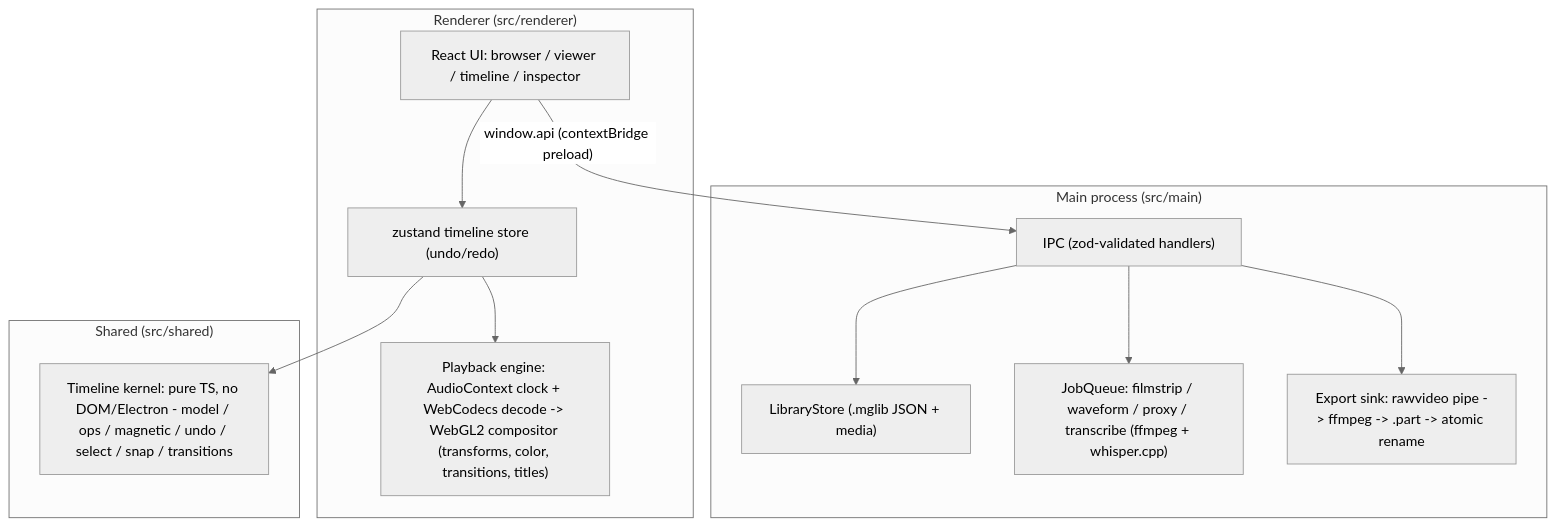
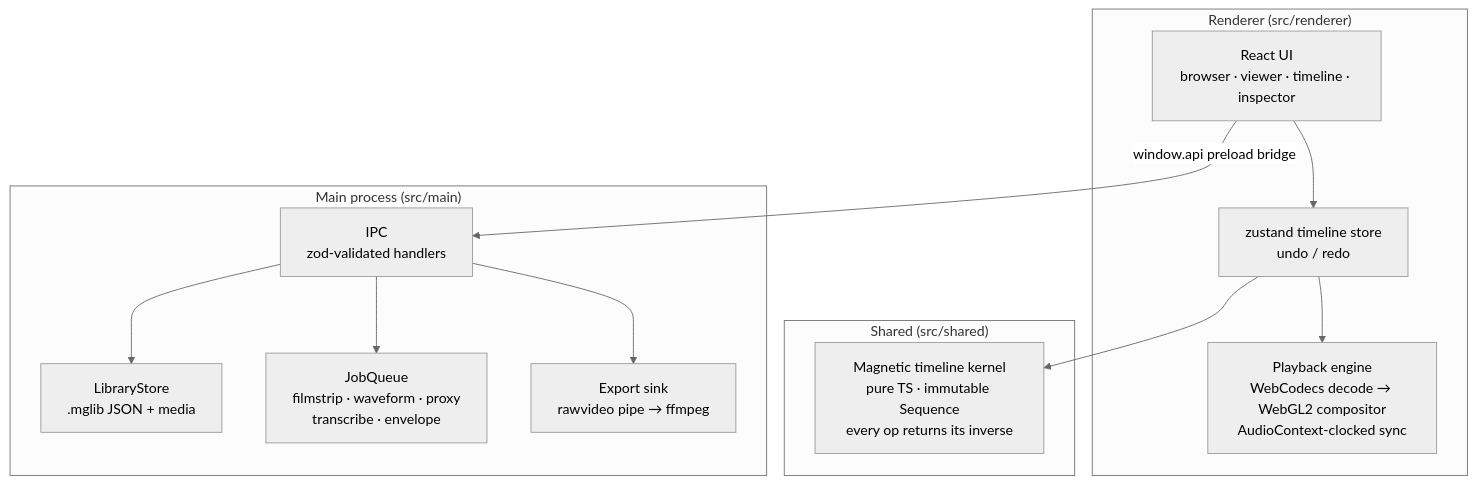
One commit to ucsandman/Magnetic changed the diagram in README.md. Above: the diagram before and after it, drawn with Mermaid (neutral theme).

Commit message:
Docs: rewrite the README architecture diagram so GitHub renders it
The previous flowchart parsed on current mermaid but GitHub's viewer showed
an empty canvas (very wide single-line labels + ampersand fan-out edges +
quoted edge labels). Rewritten compact: wrapped labels, one edge per line,
pipe-style edge label. Verified against mermaid v10 and v11 with a real
Chromium render before pushing.

````diff
--- a/README.md
+++ b/README.md
@@ -127,21 +127,24 @@
 ```mermaid
 flowchart TB
-    subgraph main["Main process (src/main)"]
-        ipc["IPC (zod-validated handlers)"]
-        lib["LibraryStore (.mglib JSON + media)"]
-        jobs["JobQueue: filmstrip / waveform / proxy / transcribe (ffmpeg + whisper.cpp)"]
-        exp["Export sink: rawvideo pipe -> ffmpeg -> .part -> atomic rename"]
+    subgraph rendererBox["Renderer (src/renderer)"]
+        ui["React UI<br/>browser · viewer · timeline · inspector"]
+        store["zustand timeline store<br/>undo / redo"]
+        engine["Playback engine<br/>WebCodecs decode → WebGL2 compositor<br/>AudioContext-clocked sync"]
     end
-    subgraph renderer["Renderer (src/renderer)"]
-        ui["React UI: browser / viewer / timeline / inspector"]
-        store["zustand timeline store (undo/redo)"]
-        engine["Playback engine: AudioContext clock + WebCodecs decode -> WebGL2 compositor (transforms, color, transitions, titles)"]
+    subgraph sharedBox["Shared (src/shared)"]
+        kernel["Magnetic timeline kernel<br/>pure TS · immutable Sequence<br/>every op returns its inverse"]
     end
-    subgraph shared["Shared (src/shared)"]
-        kernel["Timeline kernel: pure TS, no DOM/Electron - model / ops / magnetic / undo / select / snap / transitions"]
+    subgraph mainBox["Main process (src/main)"]
+        ipc["IPC<br/>zod-validated handlers"]
+        lib["LibraryStore<br/>.mglib JSON + media"]
+        jobs["JobQueue<br/>filmstrip · waveform · proxy<br/>transcribe · envelope"]
+        exp["Export sink<br/>rawvideo pipe → ffmpeg"]
     end
-    ui --> store --> kernel
+    ui --> store
+    store --> kernel
     store --> engine
-    ui -- "window.api (contextBridge preload)" --> ipc
-    ipc --> lib & jobs & exp
+    ui -->|window.api preload bridge| ipc
+    ipc --> lib
+    ipc --> jobs
+    ipc --> exp
 ```
````
